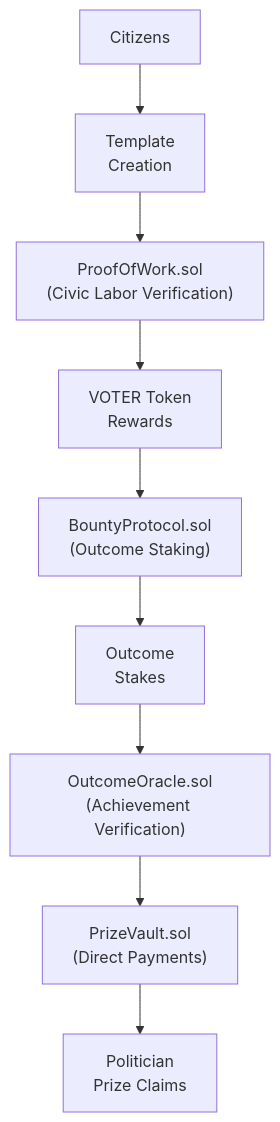
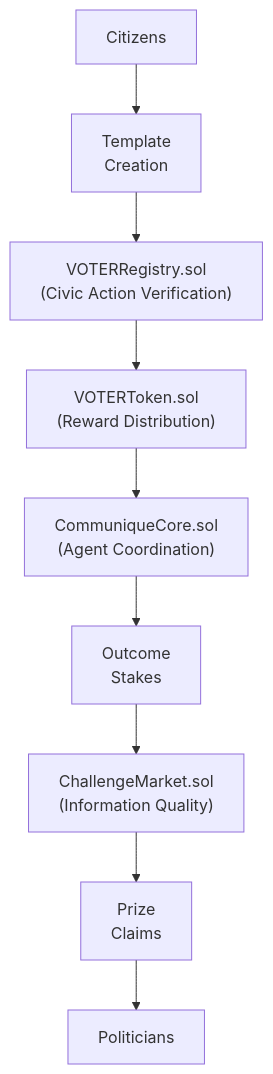
The diagram in docs/SYSTEM_ARCHITECTURE.md (communisaas/voter-protocol), drawn with Mermaid before and after one commit. The commit also changed other lines of this file and 6 other files, not shown here.

````diff
--- a/docs/SYSTEM_ARCHITECTURE.md
+++ b/docs/SYSTEM_ARCHITECTURE.md
@@ -23,16 +23,16 @@
 ```mermaid
 flowchart TB
-    ProofOfWork["ProofOfWork.sol<br/>(Civic Labor Verification)"]
-    BountyProtocol["BountyProtocol.sol<br/>(Outcome Staking)"]
-    OutcomeOracle["OutcomeOracle.sol<br/>(Achievement Verification)"]
-    PrizeVault["PrizeVault.sol<br/>(Direct Payments)"]
+    VOTERRegistry["VOTERRegistry.sol<br/>(Civic Action Verification)"]
+    VOTERToken["VOTERToken.sol<br/>(Reward Distribution)"]
+    CommuniqueCore["CommuniqueCore.sol<br/>(Agent Coordination)"]
+    ChallengeMarket["ChallengeMarket.sol<br/>(Information Quality)"]
     
     Citizens["Citizens"] --> Templates["Template<br/>Creation"]
-    Templates --> ProofOfWork
-    ProofOfWork --> VOTERTokens["VOTER Token<br/>Rewards"]
-    VOTERTokens --> BountyProtocol
-    BountyProtocol --> Stakes["Outcome<br/>Stakes"]
-    Stakes --> OutcomeOracle
-    OutcomeOracle --> PrizeVault
-    PrizeVault --> Politicians["Politician<br/>Prize Claims"]
+    Templates --> VOTERRegistry
+    VOTERRegistry --> VOTERToken
+    VOTERToken --> CommuniqueCore
+    CommuniqueCore --> Stakes["Outcome<br/>Stakes"]
+    Stakes --> ChallengeMarket
+    ChallengeMarket --> Prizes["Prize<br/>Claims"]
+    Prizes --> Politicians["Politicians"]
 ```
````
